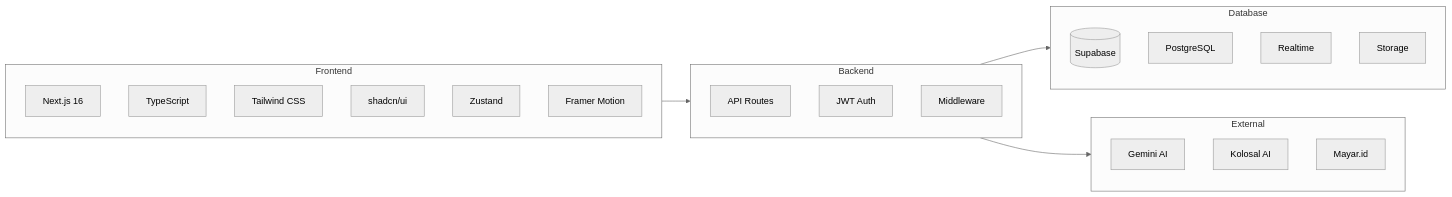
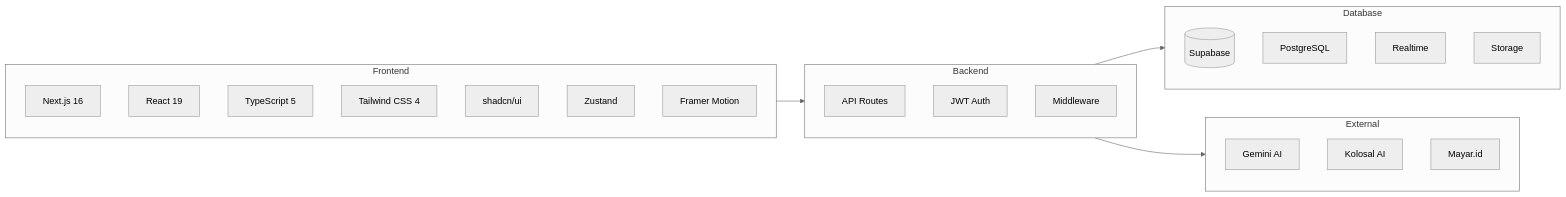
The seventh of 9 diagrams in README.md (mocharil/savora), drawn with Mermaid (neutral theme) before and after one commit. The commit also changed other lines of this file and 3 other files, not shown here.

````diff
--- a/README.md
+++ b/README.md
@@ -386,34 +422,35 @@
 ```mermaid
 flowchart LR
     subgraph Frontend
         NEXT[Next.js 16]
-        TS[TypeScript]
-        TW[Tailwind CSS]
+        REACT[React 19]
+        TS[TypeScript 5]
+        TW[Tailwind CSS 4]
         SHAD[shadcn/ui]
         ZUS[Zustand]
         FM[Framer Motion]
     end
 
     subgraph Backend
         API[API Routes]
         JWT[JWT Auth]
         MW[Middleware]
     end
 
     subgraph Database
         SB[(Supabase)]
         PG[PostgreSQL]
         RT[Realtime]
         ST[Storage]
     end
 
     subgraph External
         GEM[Gemini AI]
         KOL[Kolosal AI]
         MY[Mayar.id]
     end
 
     Frontend --> Backend
     Backend --> Database
     Backend --> External
 ```
````
